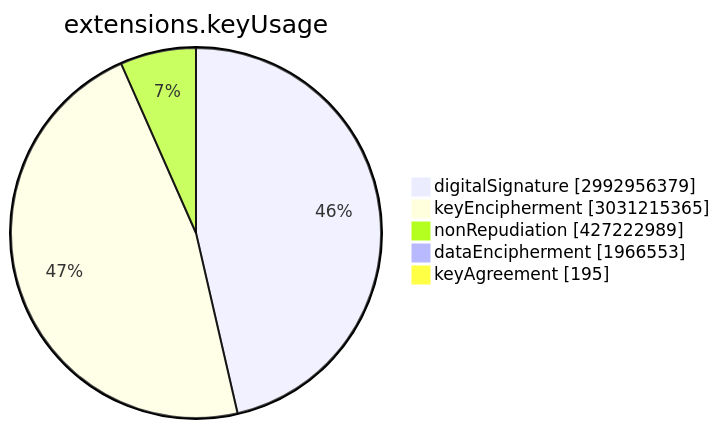
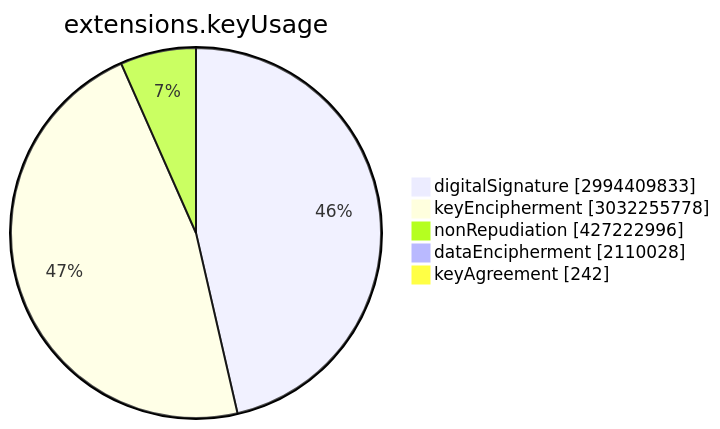
One commit to christiankrug/ctmonitor_visualization changed the sixth of 15 diagrams in TOTAL/README.md. Above: the diagram before and after it, drawn with Mermaid. The commit also changed other lines of this file, not shown here.

````diff
--- a/TOTAL/README.md
+++ b/TOTAL/README.md
@@ -3071,9 +3071,9 @@
 ```mermaid
 pie showData
 title extensions.keyUsage
-"digitalSignature" :2992956379
-"keyEncipherment" :3031215365
-"nonRepudiation" :427222989
-"dataEncipherment" :1966553
-"keyAgreement" :195
+"digitalSignature" :2994409833
+"keyEncipherment" :3032255778
+"nonRepudiation" :427222996
+"dataEncipherment" :2110028
+"keyAgreement" :242
 ```
````
